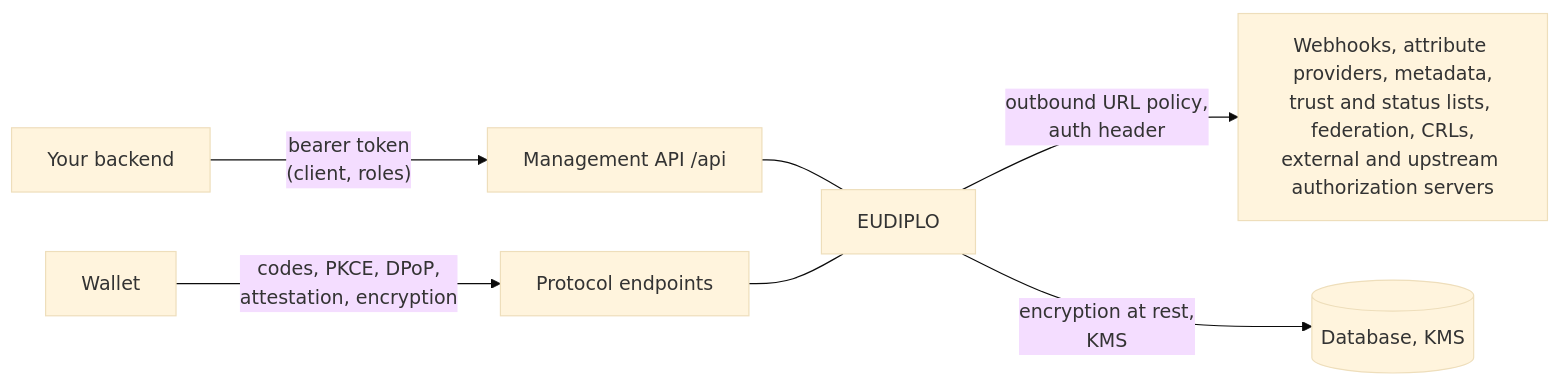
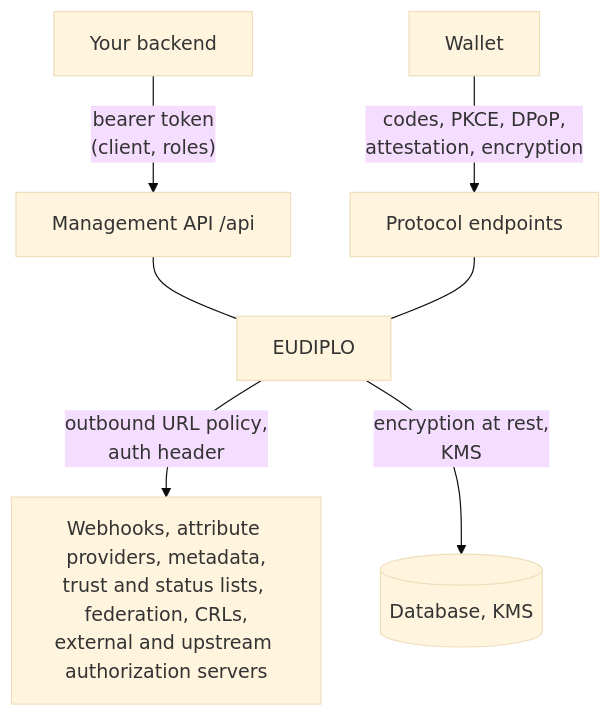
The diagram in apps/docs/docs/concepts/security-model.md (Cypher-CP0/eudiplo), drawn with Mermaid (base theme) before and after one commit. The commit also changed other lines of this file and 27 other files, not shown here.

````diff
--- a/apps/docs/docs/concepts/security-model.md
+++ b/apps/docs/docs/concepts/security-model.md
@@ -12,9 +12,9 @@
 ```mermaid
-flowchart LR
+flowchart TB
     BE[Your backend] -->|"bearer token<br/>(client, roles)"| API["Management API /api"]
     W[Wallet] -->|"codes, PKCE, DPoP,<br/>attestation, encryption"| P[Protocol endpoints]
     E[EUDIPLO] -->|"outbound URL policy,<br/>auth header"| X["Webhooks, attribute providers, metadata,<br/>trust and status lists, federation, CRLs,<br/>external and upstream authorization servers"]
     E -->|"encryption at rest,<br/>KMS"| S[(Database, KMS)]
     API --- E
     P --- E
 ```
````
